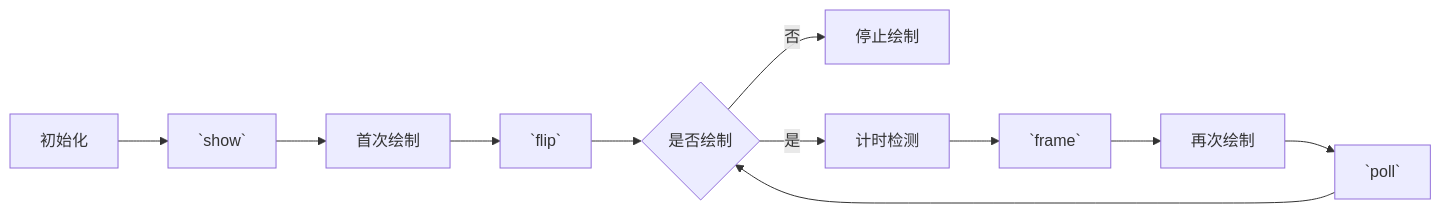
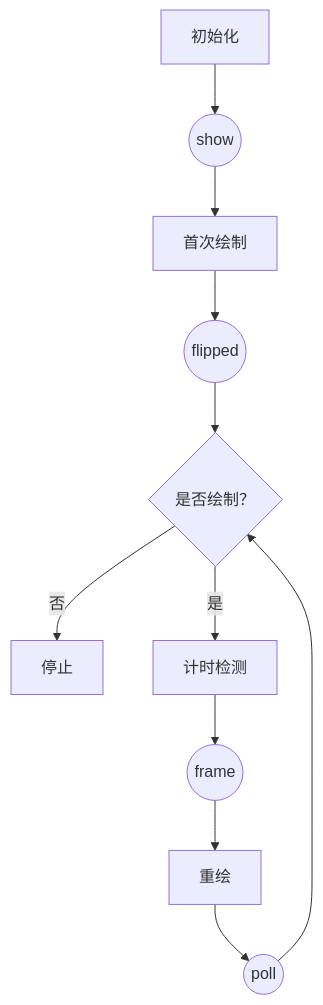
One commit to bluebonesx/psychopy-scene changed the diagram in README-zh.md. Above: the diagram before and after it, drawn with Mermaid. The commit also changed other lines of this file and 5 other files, not shown here.

````diff
--- a/README-zh.md
+++ b/README-zh.md
@@ -137,6 +146,6 @@
 ```mermaid
-graph LR
-初始化 --> `show` --> 首次绘制 --> `flip` --> c{是否绘制}
-c -->|否| 停止绘制
-c -->|是| 计时检测 --> `frame` --> 再次绘制 --> `poll` --> c
+graph TD
+初始化 --> s((show)) --> 首次绘制 --> f((flipped)) --> c{是否绘制？}
+c -->|否| 停止
+c -->|是| 计时检测 --> a((frame)) --> 重绘 --> p((poll)) --> c
 ```
````
